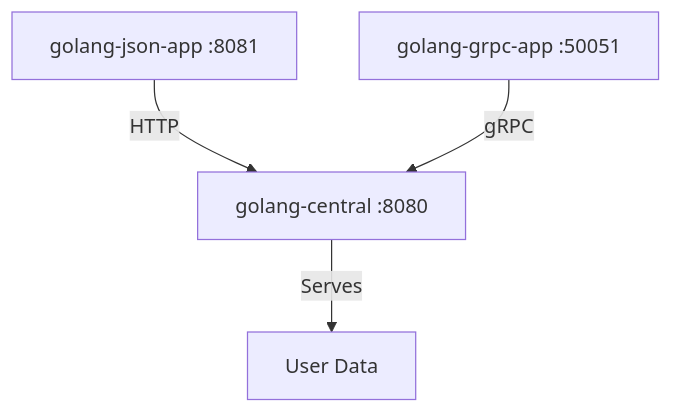
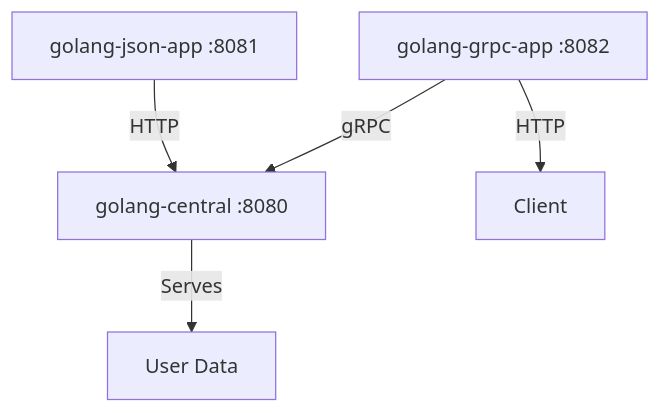
Before and after one commit to CpBruceMeena/Golang-NexusPoint: the diagram in README.md, drawn with Mermaid. The commit also changed other lines of this file, not shown here.

Commit message:
Update README to reflect golang-grpc-app's role as HTTP-to-gRPC bridge

````diff
--- a/README.md
+++ b/README.md
@@ -7,6 +7,7 @@
 ```mermaid
 graph TD
     A[golang-json-app :8081] -->|HTTP| B[golang-central :8080]
-    C[golang-grpc-app :50051] -->|gRPC| B
-    B -->|Serves| D[User Data]
+    C[golang-grpc-app :8082] -->|HTTP| D[Client]
+    C -->|gRPC| B
+    B -->|Serves| E[User Data]
 ```
````
